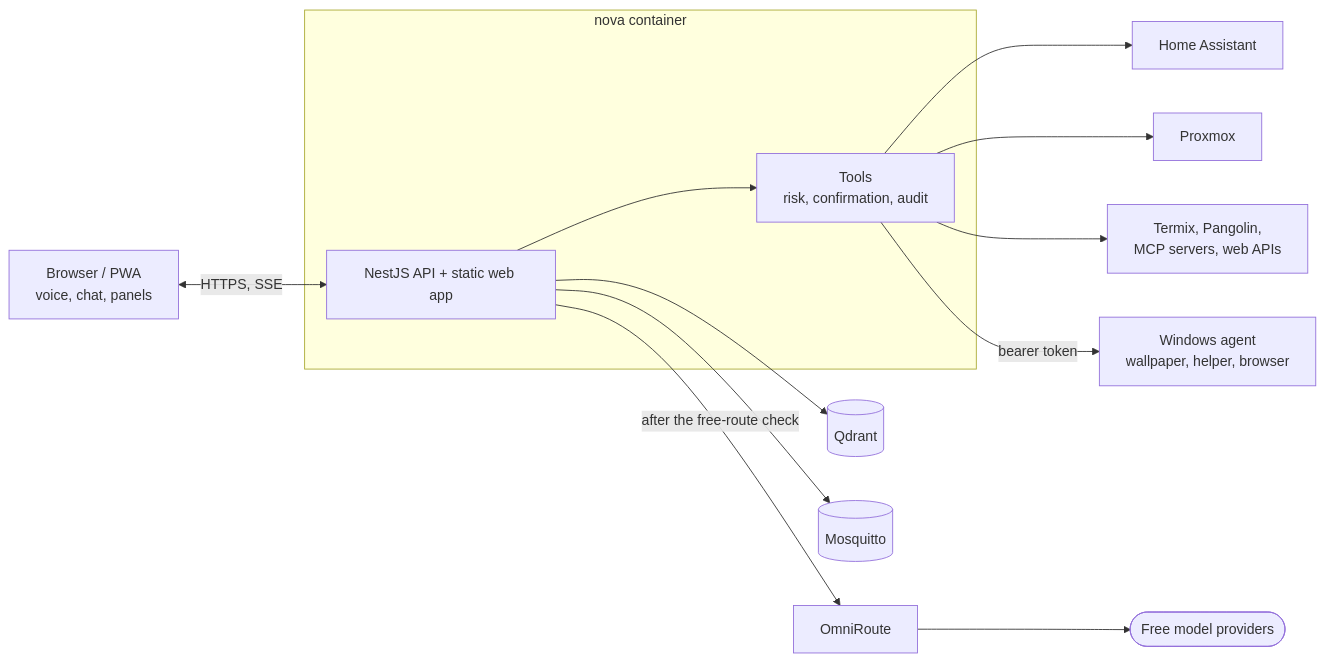
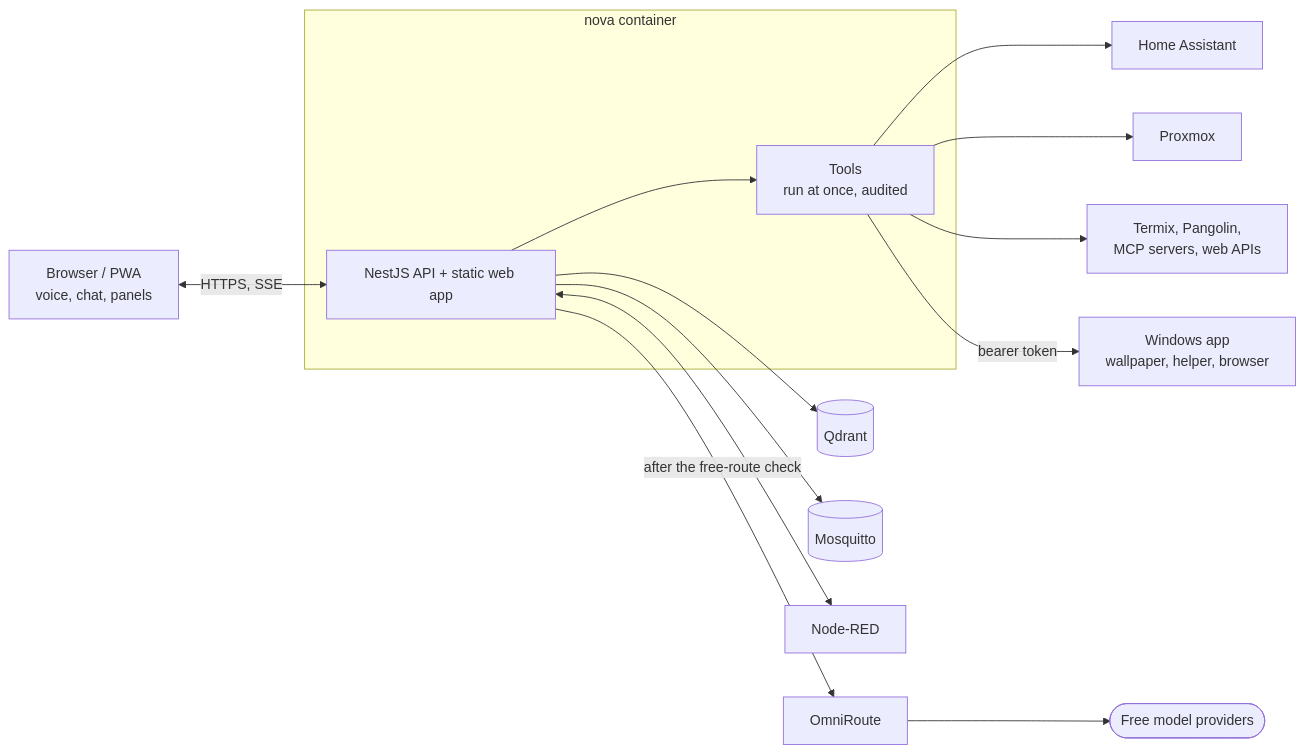
One commit to hjongedijk/nova changed the diagram in README.md. Above: the diagram before and after it, drawn with Mermaid. The commit also changed other lines of this file and 583 other files, not shown here.

````diff
--- a/README.md
+++ b/README.md
@@ -34,14 +67,15 @@
 ```mermaid
 flowchart LR
   Browser["Browser / PWA<br/>voice, chat, panels"] <-->|HTTPS, SSE| API
   subgraph nova [nova container]
-    API["NestJS API + static web app"] --> Tools["Tools<br/>risk, confirmation, audit"]
+    API["NestJS API + static web app"] --> Tools["Tools<br/>run at once, audited"]
   end
   API -->|"after the free-route check"| Omni["OmniRoute"] --> LLM(["Free model providers"])
   API --> Qdrant[("Qdrant")]
   API --> MQTT[("Mosquitto")]
+  API <--> NodeRED["Node-RED"]
   Tools --> HA["Home Assistant"]
   Tools --> PVE["Proxmox"]
   Tools --> Other["Termix, Pangolin,<br/>MCP servers, web APIs"]
-  Tools -->|bearer token| Agent["Windows agent<br/>wallpaper, helper, browser"]
+  Tools -->|bearer token| Agent["Windows app<br/>wallpaper, helper, browser"]
 ```
````
